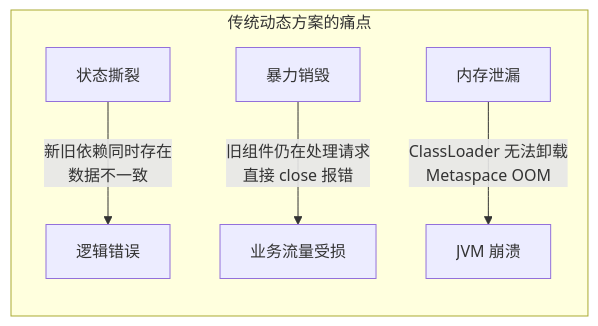
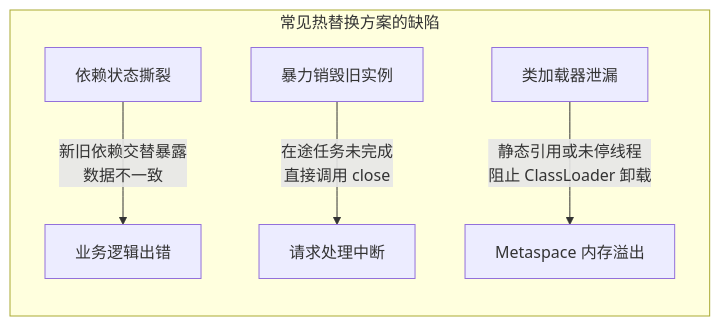
One commit to fjay/knotra changed the first of 3 diagrams in README.md. Above: the diagram before and after it, drawn with Mermaid. The commit also changed other lines of this file and 7 other files, not shown here.

````diff
--- a/README.md
+++ b/README.md
@@ -20,8 +20,8 @@
 ```mermaid
 graph LR
-    subgraph pain_points ["传统动态方案的痛点"]
-        A["状态撕裂"] -->|"新旧依赖同时存在<br/>数据不一致"| P1["逻辑错误"]
-        B["暴力销毁"] -->|"旧组件仍在处理请求<br/>直接 close 报错"| P2["业务流量受损"]
-        C["内存泄漏"] -->|"ClassLoader 无法卸载<br/>Metaspace OOM"| P3["JVM 崩溃"]
+    subgraph pain_points ["常见热替换方案的缺陷"]
+        A["依赖状态撕裂"] -->|"新旧依赖交替暴露<br/>数据不一致"| P1["业务逻辑出错"]
+        B["暴力销毁旧实例"] -->|"在途任务未完成<br/>直接调用 close"| P2["请求处理中断"]
+        C["类加载器泄漏"] -->|"静态引用或未停线程<br/>阻止 ClassLoader 卸载"| P3["Metaspace 内存溢出"]
     end
 ```
````
